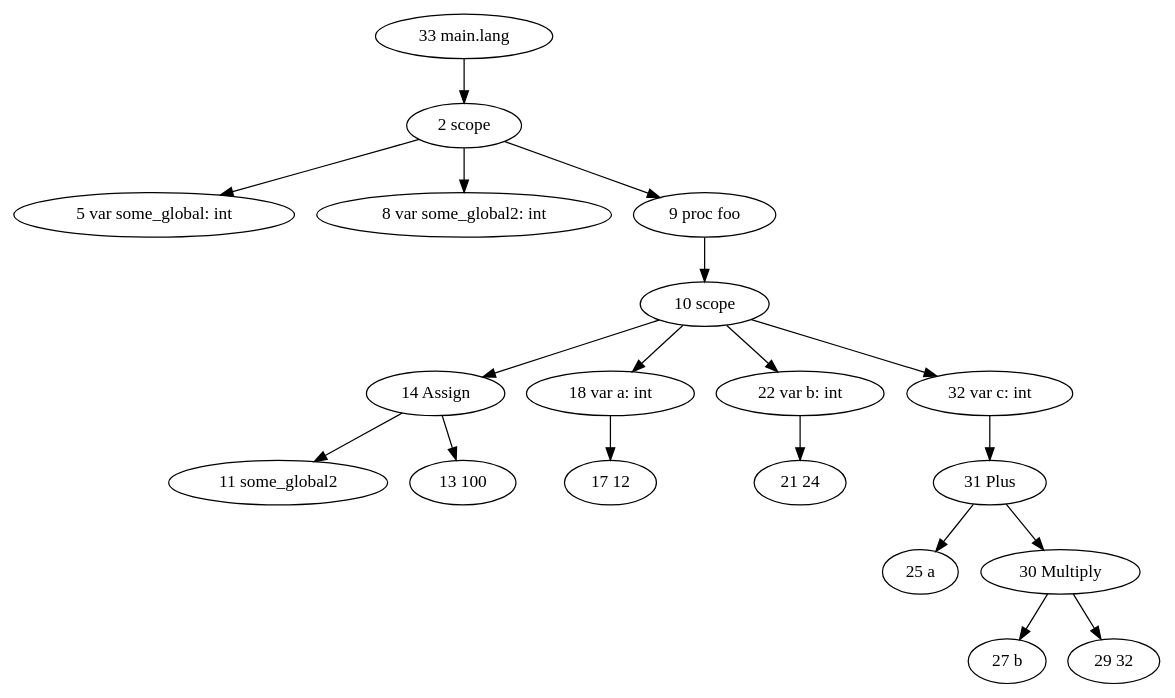
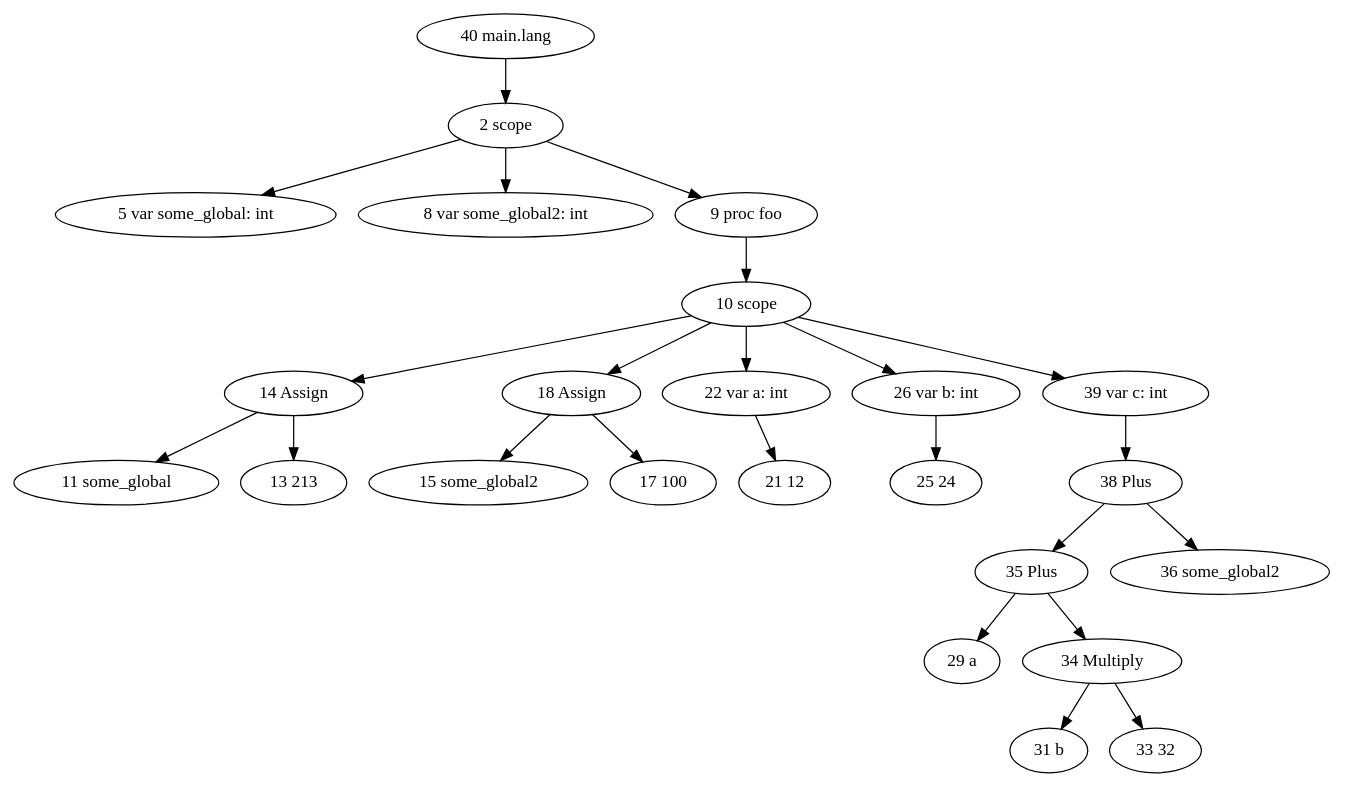
One commit to JoshuaManton/lang changed the diagram in ast.dot. Above: the diagram before and after it, drawn with Graphviz. The commit also changed 3 other files, not shown here.

```diff
--- a/ast.dot
+++ b/ast.dot
@@ -1,20 +1,25 @@
 digraph g {
-    "33 main.lang" -> "2 scope"
+    "40 main.lang" -> "2 scope"
     "2 scope" -> "5 var some_global: int"
     "2 scope" -> "8 var some_global2: int"
     "2 scope" -> "9 proc foo"
     "9 proc foo" -> "10 scope"
     "10 scope" -> "14 Assign"
-    "14 Assign" -> "11 some_global2"
-    "14 Assign" -> "13 100"
-    "10 scope" -> "18 var a: int"
-    "18 var a: int" -> "17 12"
-    "10 scope" -> "22 var b: int"
-    "22 var b: int" -> "21 24"
-    "10 scope" -> "32 var c: int"
-    "32 var c: int" -> "31 Plus"
-    "31 Plus" -> "25 a"
-    "31 Plus" -> "30 Multiply"
-    "30 Multiply" -> "27 b"
-    "30 Multiply" -> "29 32"
+    "14 Assign" -> "11 some_global"
+    "14 Assign" -> "13 213"
+    "10 scope" -> "18 Assign"
+    "18 Assign" -> "15 some_global2"
+    "18 Assign" -> "17 100"
+    "10 scope" -> "22 var a: int"
+    "22 var a: int" -> "21 12"
+    "10 scope" -> "26 var b: int"
+    "26 var b: int" -> "25 24"
+    "10 scope" -> "39 var c: int"
+    "39 var c: int" -> "38 Plus"
+    "38 Plus" -> "35 Plus"
+    "35 Plus" -> "29 a"
+    "35 Plus" -> "34 Multiply"
+    "34 Multiply" -> "31 b"
+    "34 Multiply" -> "33 32"
+    "38 Plus" -> "36 some_global2"
 }
```
